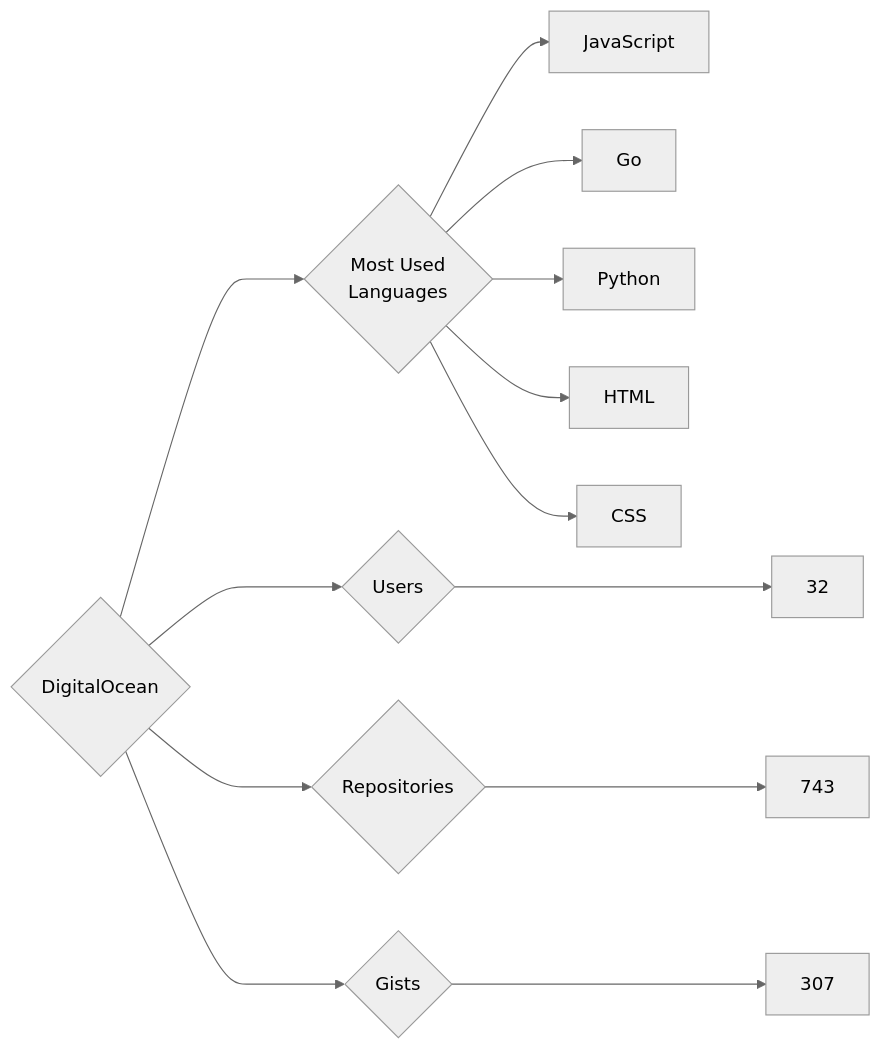
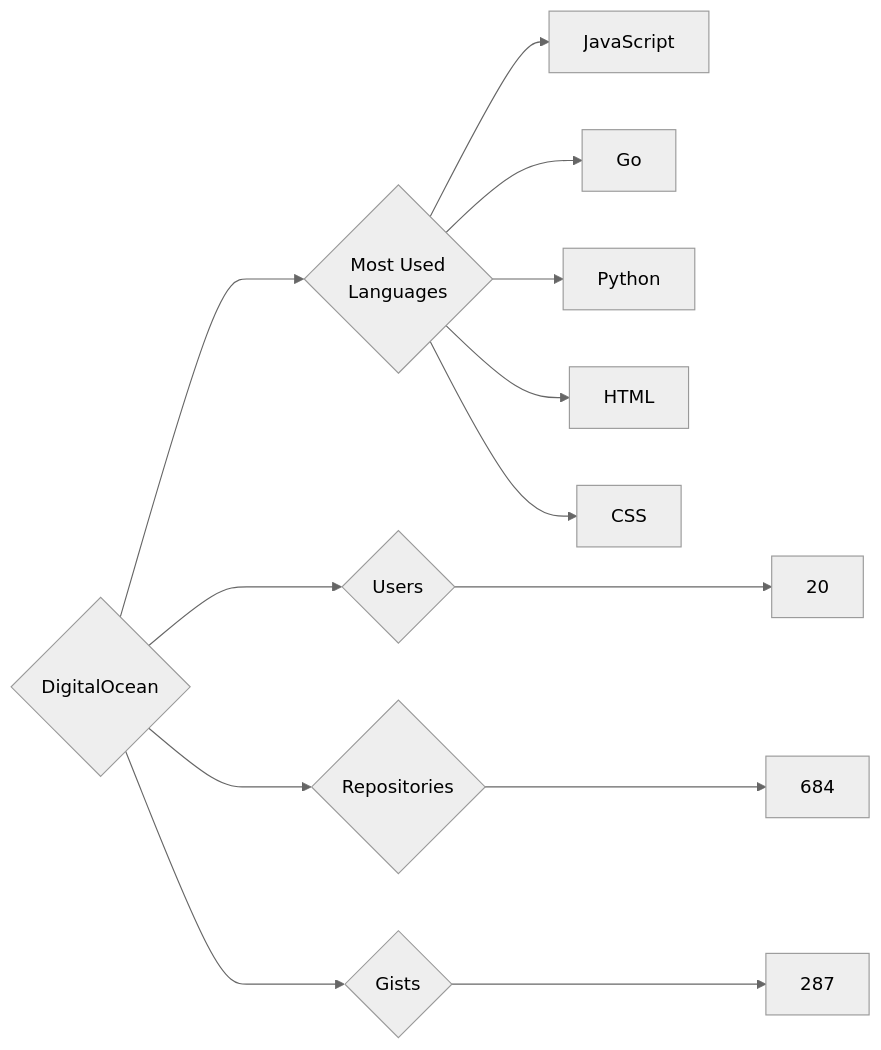
The diagram in targets/DigitalOcean/README.md (trickest/insiders), drawn with Mermaid (neutral theme) before and after one commit. The commit also changed 644 other files, not shown here.

````diff
--- a/targets/DigitalOcean/README.md
+++ b/targets/DigitalOcean/README.md
@@ -3,13 +3,13 @@
 ```mermaid
 graph LR
 COMPANY_NAME{DigitalOcean}
-COMPANY_NAME ---> U{Users} ---> UN[32]
-COMPANY_NAME ---> R{Repositories} ---> RN[743]
-COMPANY_NAME ---> G{Gists} ---> GN[307]
+COMPANY_NAME ---> U{Users} ---> UN[20]
+COMPANY_NAME ---> R{Repositories} ---> RN[684]
+COMPANY_NAME ---> G{Gists} ---> GN[287]
 COMPANY_NAME ---> ML{Most Used<br>Languages}
 ML --> JavaScript[JavaScript]
 ML --> Go[Go]
 ML --> Python[Python]
 ML --> HTML[HTML]
 ML --> CSS[CSS]
 ```
````
